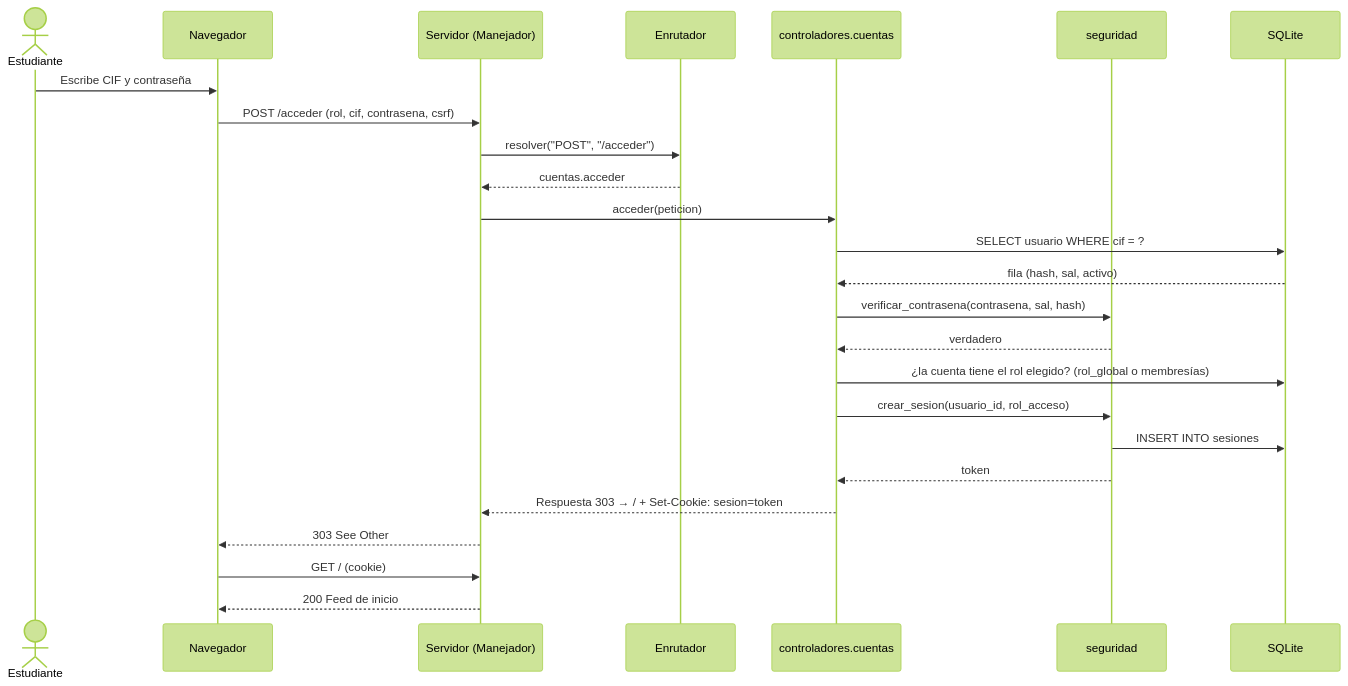
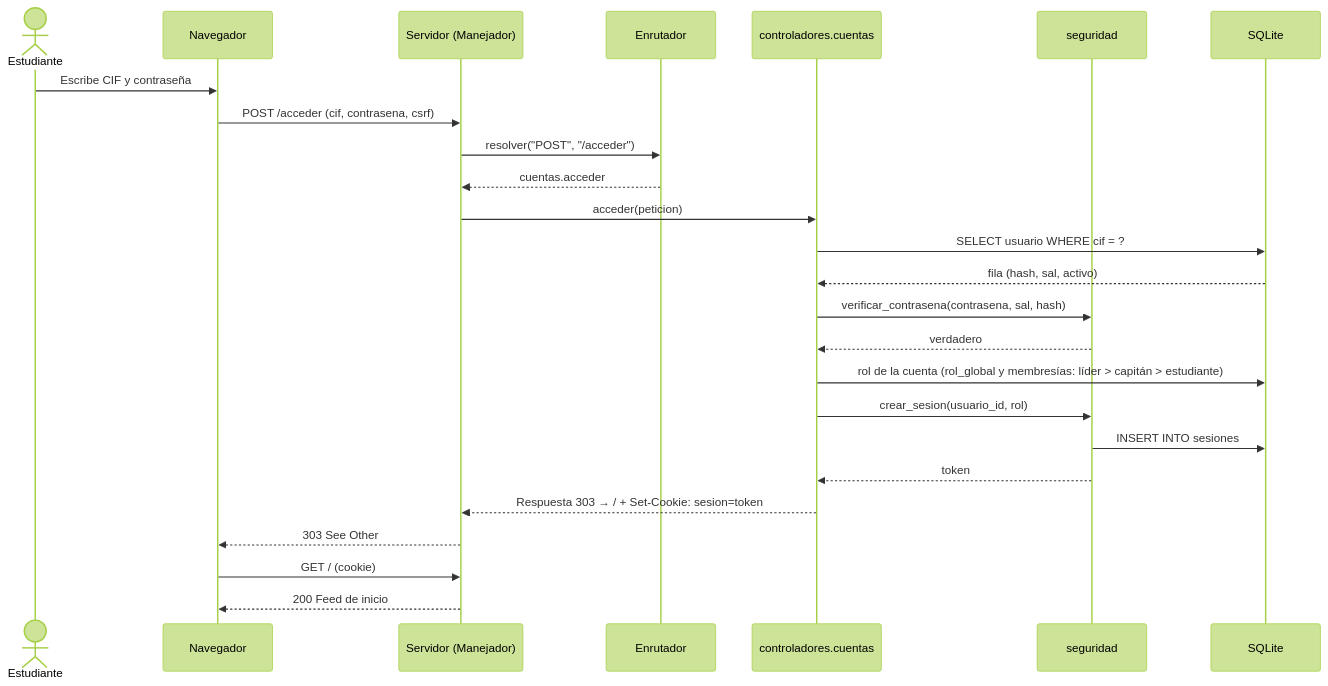
Before and after one commit to Lis-carl/Vortex_club-s: the fourth of 13 diagrams in docs/04_modelado_uml.md, drawn with Mermaid (forest theme). The commit also changed 15 other files, not shown here.

Commit message:
El tipo de usuario lo determina la cuenta; se quita el selector de rol del login

````diff
--- a/docs/04_modelado_uml.md
+++ b/docs/04_modelado_uml.md
@@ -332,28 +332,28 @@
 ```mermaid
 sequenceDiagram
     actor U as Estudiante
     participant N as Navegador
     participant S as Servidor (Manejador)
     participant R as Enrutador
     participant C as controladores.cuentas
     participant Sg as seguridad
     participant BD as SQLite
 
     U->>N: Escribe CIF y contraseña
-    N->>S: POST /acceder (rol, cif, contrasena, csrf)
+    N->>S: POST /acceder (cif, contrasena, csrf)
     S->>R: resolver("POST", "/acceder")
     R-->>S: cuentas.acceder
     S->>C: acceder(peticion)
     C->>BD: SELECT usuario WHERE cif = ?
     BD-->>C: fila (hash, sal, activo)
     C->>Sg: verificar_contrasena(contrasena, sal, hash)
     Sg-->>C: verdadero
-    C->>BD: ¿la cuenta tiene el rol elegido? (rol_global o membresías)
-    C->>Sg: crear_sesion(usuario_id, rol_acceso)
+    C->>BD: rol de la cuenta (rol_global y membresías: líder > capitán > estudiante)
+    C->>Sg: crear_sesion(usuario_id, rol)
     Sg->>BD: INSERT INTO sesiones
     Sg-->>C: token
     C-->>S: Respuesta 303 → /  + Set-Cookie: sesion=token
     S-->>N: 303 See Other
     N->>S: GET / (cookie)
     S-->>N: 200 Feed de inicio
 ```
````
